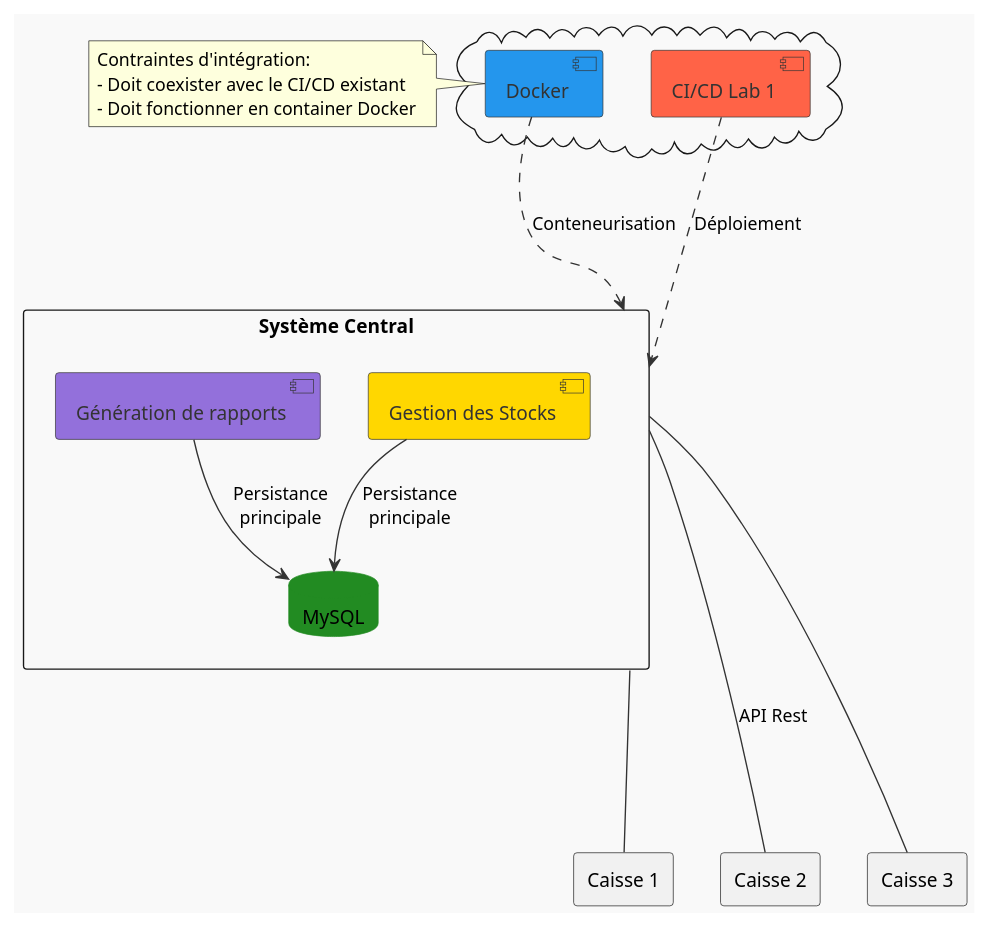
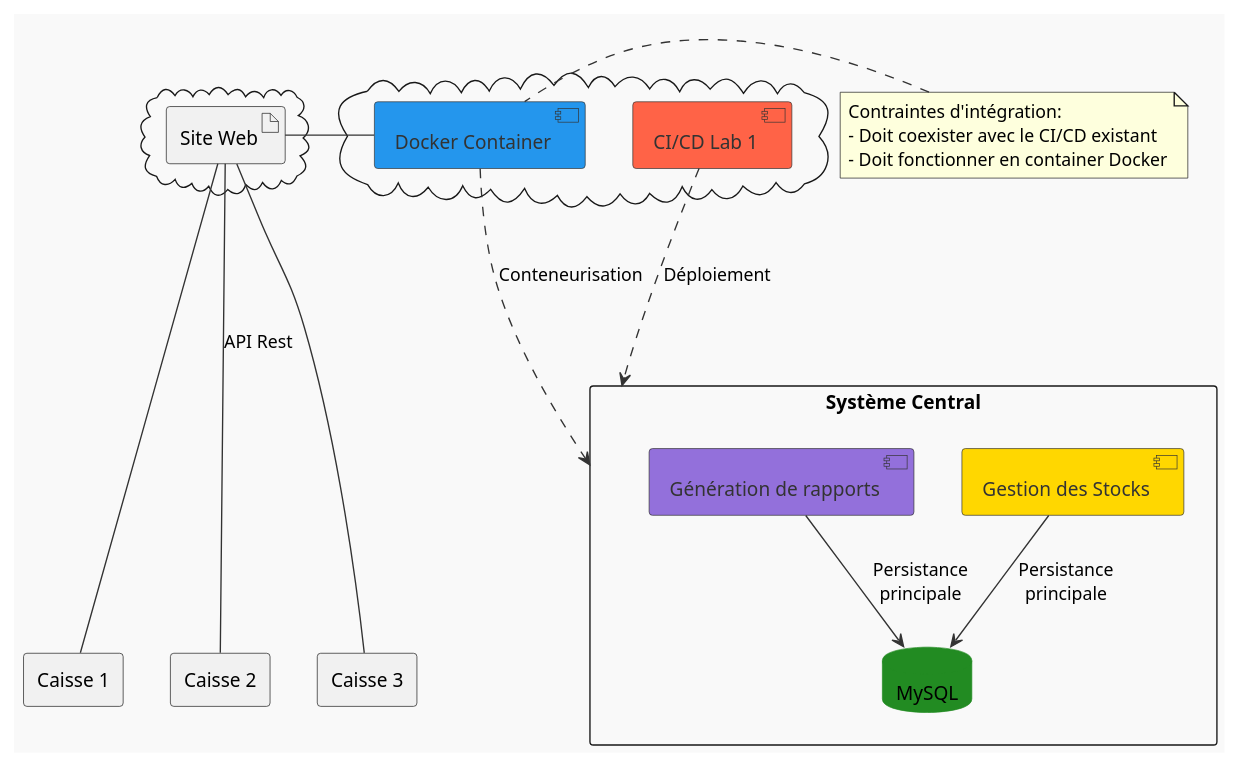
One commit to ErwanDerrien/GestionnaireMagasin changed the diagram in docs_lab2/UML/ContexteTechnique.puml. Above: the diagram before and after it, drawn with PlantUML. The commit also changed 4 other files, not shown here.

```diff
--- a/docs_lab2/UML/ContexteTechnique.puml
+++ b/docs_lab2/UML/ContexteTechnique.puml
@@ -1,45 +1,51 @@
 @startuml ContexteTechnique
 
 skinparam {
     BackgroundColor #F9F9F9
     ArrowColor #333333
     ComponentBorderColor #333333
     ComponentFontColor #333333
     DatabaseBorderColor #228B22
     QueueBorderColor #FF8C00
     InterfaceBorderColor #1E90FF
 }
 
 rectangle "Système Central" as sc {
     component "Gestion des Stocks" as stocks #FFD700
     component "Génération de rapports" as rapports #9370DB
     database "MySQL" as db #228B22
 }
 
 cloud {
     component "CI/CD Lab 1" as cicd #FF6347
-    component "Docker" as docker #2496ED
+    component "Docker Container" as docker #2496ED
 }
 
 rectangle "Caisse 1" as c1
 rectangle "Caisse 2" as c2
 rectangle "Caisse 3" as c3
 
 stocks --> db : "Persistance\nprincipale"
 rapports --> db : "Persistance\nprincipale"
 
 cicd ...> sc : "Déploiement"
 docker ...> sc : "Conteneurisation"
 
 
-sc ---- c1
-sc ---- c2 : "API Rest"
-sc ---- c3
+cloud {
+    artifact "Site Web" as sw
+}
+
+sw - docker
+
+sw ---- c1
+sw ---- c2 : "API Rest"
+sw ---- c3
 
 note left of docker
     Contraintes d'intégration:
     - Doit coexister avec le CI/CD existant
     - Doit fonctionner en container Docker
 end note
 
 @enduml
```
